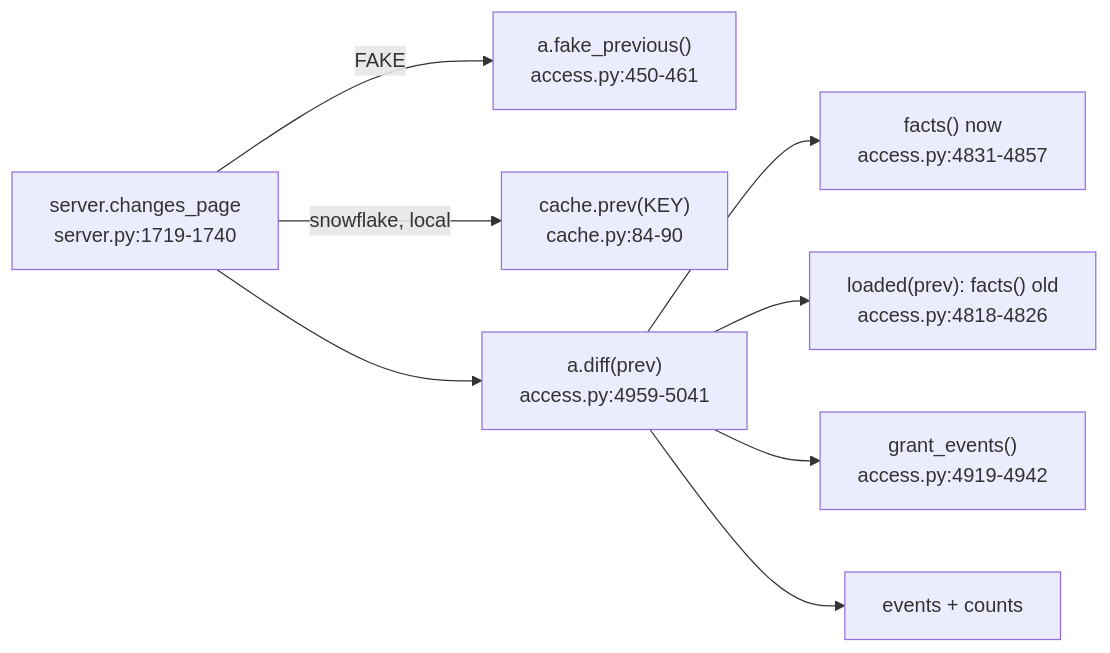
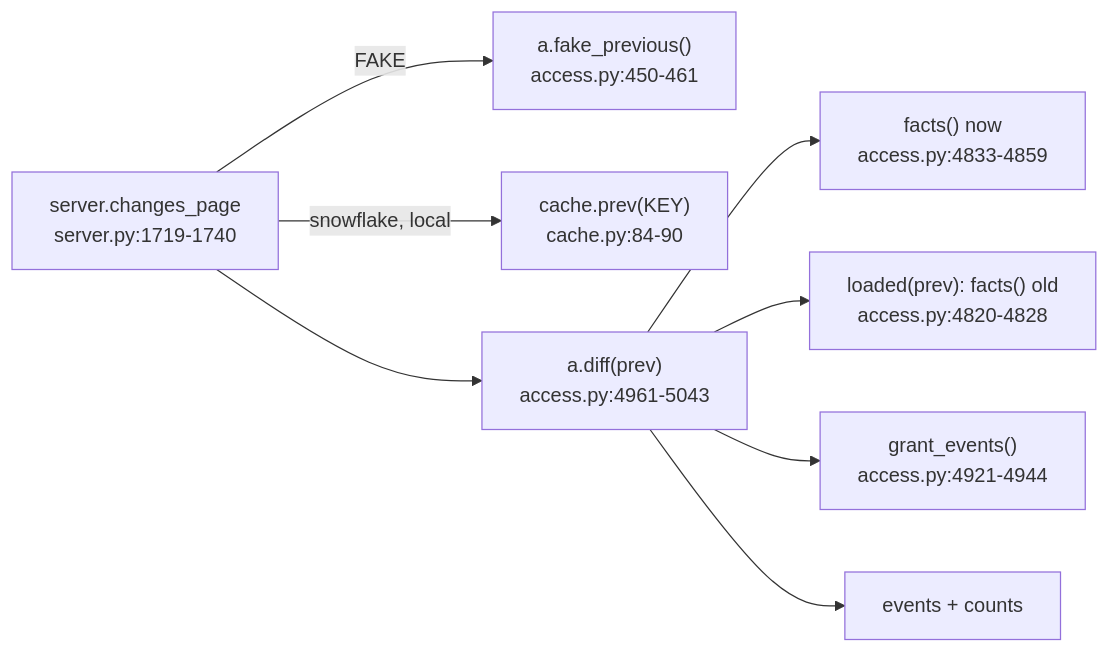
Before and after one commit to darshanmeel/snowflake-access-explorer: the diagram in snowflake-access-explorer-knowledge-graph/logic/diff.md, drawn with Mermaid. The commit also changed other lines of this file and 29 other files, not shown here.

Commit message:
Docs and knowledge graph: business time moves days, hours and weekends (dh, localize, TZ_HOURS)

````diff
--- a/snowflake-access-explorer-knowledge-graph/logic/diff.md
+++ b/snowflake-access-explorer-knowledge-graph/logic/diff.md
@@ -6,10 +6,10 @@
 ```mermaid
 flowchart LR
   CP["server.changes_page<br/>server.py:1719-1740"] -->|FAKE| FP["a.fake_previous()<br/>access.py:450-461"]
   CP -->|snowflake, local| PR["cache.prev(KEY)<br/>cache.py:84-90"]
-  CP --> D["a.diff(prev)<br/>access.py:4959-5041"]
-  D --> FN["facts() now<br/>access.py:4831-4857"]
-  D --> LD["loaded(prev): facts() old<br/>access.py:4818-4826"]
-  D --> GE["grant_events()<br/>access.py:4919-4942"]
+  CP --> D["a.diff(prev)<br/>access.py:4961-5043"]
+  D --> FN["facts() now<br/>access.py:4833-4859"]
+  D --> LD["loaded(prev): facts() old<br/>access.py:4820-4828"]
+  D --> GE["grant_events()<br/>access.py:4921-4944"]
   D --> EV[events + counts]
 ```
````
